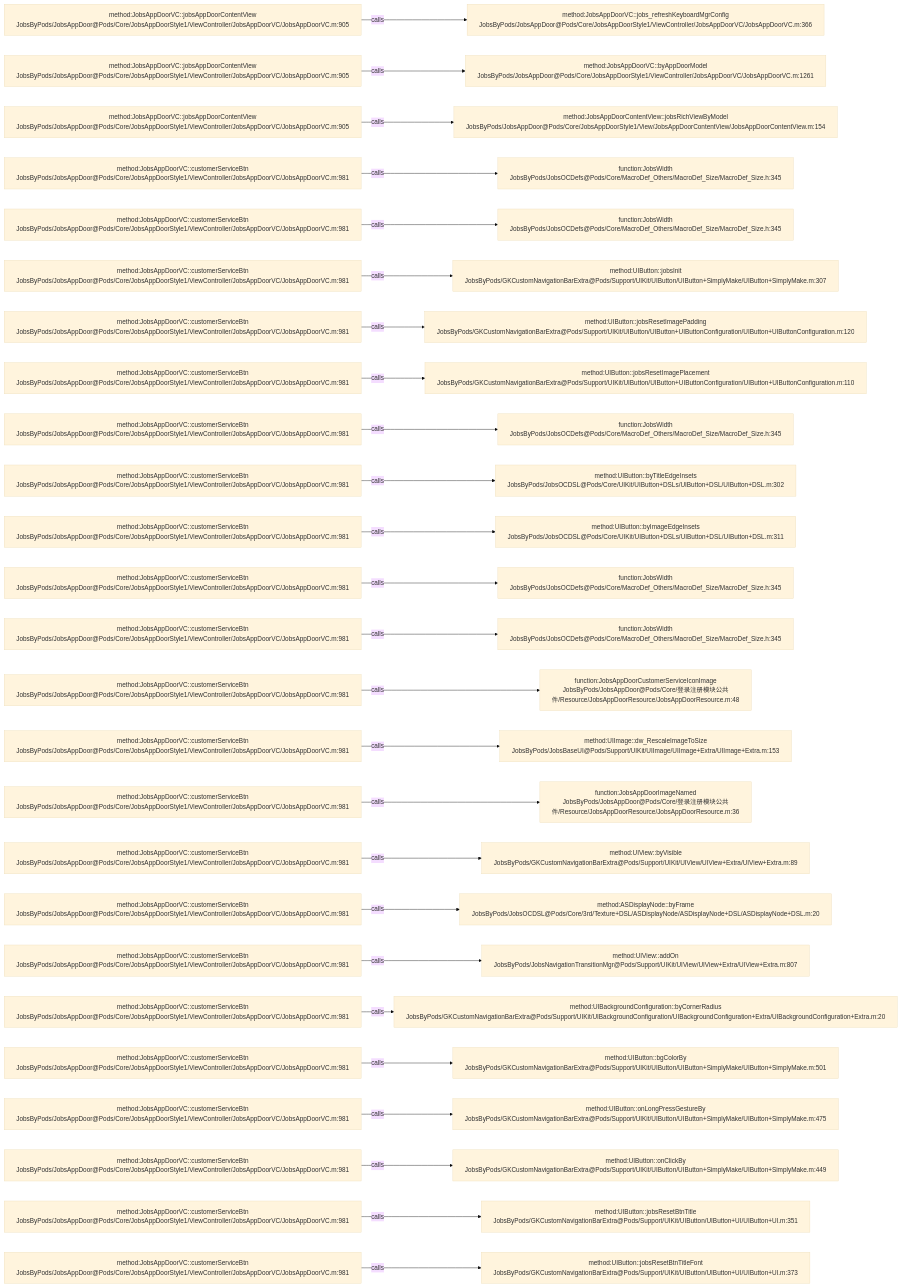
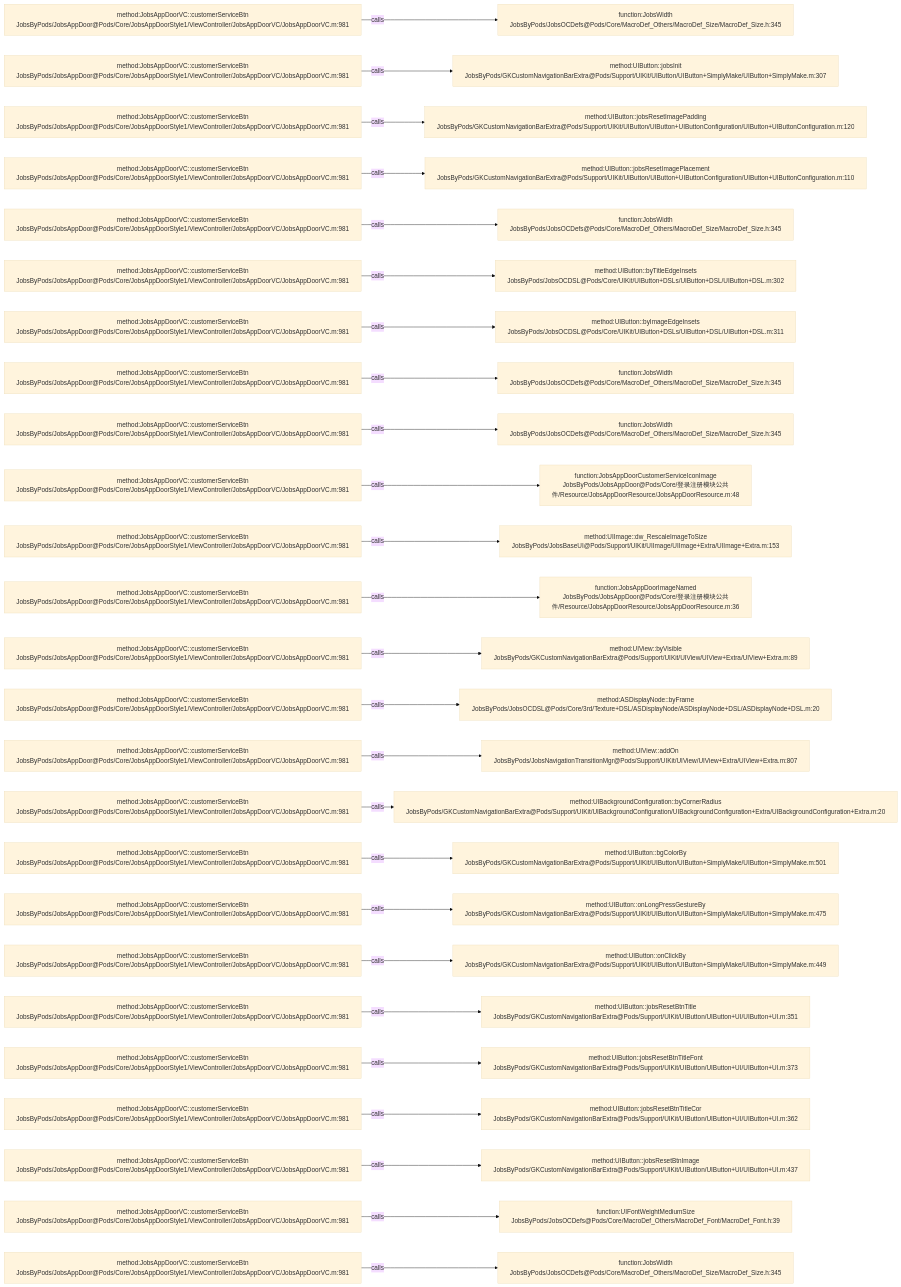
Before and after one commit to JobsKits/JobsOCBaseConfigDemo: the diagram in .codegraph/codegraph.md/graphs/calls-113.md, drawn with Mermaid (base theme). The commit also changed 116 other files, not shown here.

````diff
--- a/.codegraph/codegraph.md/graphs/calls-113.md
+++ b/.codegraph/codegraph.md/graphs/calls-113.md
@@ -13,78 +13,78 @@
 ```mermaid
 flowchart LR
-  S1["method:JobsAppDoorVC::jobsAppDoorContentView<br/>JobsByPods/JobsAppDoor@Pods/Core/JobsAppDoorStyle1/ViewController/JobsAppDoorVC/JobsAppDoorVC.m:905"]
-  T1["method:JobsAppDoorVC::jobs_refreshKeyboardMgrConfig<br/>JobsByPods/JobsAppDoor@Pods/Core/JobsAppDoorStyle1/ViewController/JobsAppDoorVC/JobsAppDoorVC.m:366"]
+  S1["method:JobsAppDoorVC::customerServiceBtn<br/>JobsByPods/JobsAppDoor@Pods/Core/JobsAppDoorStyle1/ViewController/JobsAppDoorVC/JobsAppDoorVC.m:981"]
+  T1["function:JobsWidth<br/>JobsByPods/JobsOCDefs@Pods/Core/MacroDef_Others/MacroDef_Size/MacroDef_Size.h:345"]
   S1 -->|calls| T1
-  S2["method:JobsAppDoorVC::jobsAppDoorContentView<br/>JobsByPods/JobsAppDoor@Pods/Core/JobsAppDoorStyle1/ViewController/JobsAppDoorVC/JobsAppDoorVC.m:905"]
-  T2["method:JobsAppDoorVC::byAppDoorModel<br/>JobsByPods/JobsAppDoor@Pods/Core/JobsAppDoorStyle1/ViewController/JobsAppDoorVC/JobsAppDoorVC.m:1261"]
+  S2["method:JobsAppDoorVC::customerServiceBtn<br/>JobsByPods/JobsAppDoor@Pods/Core/JobsAppDoorStyle1/ViewController/JobsAppDoorVC/JobsAppDoorVC.m:981"]
+  T2["method:UIButton::jobsInit<br/>JobsByPods/GKCustomNavigationBarExtra@Pods/Support/UIKit/UIButton/UIButton+SimplyMake/UIButton+SimplyMake.m:307"]
   S2 -->|calls| T2
-  S3["method:JobsAppDoorVC::jobsAppDoorContentView<br/>JobsByPods/JobsAppDoor@Pods/Core/JobsAppDoorStyle1/ViewController/JobsAppDoorVC/JobsAppDoorVC.m:905"]
-  T3["method:JobsAppDoorContentView::jobsRichViewByModel<br/>JobsByPods/JobsAppDoor@Pods/Core/JobsAppDoorStyle1/View/JobsAppDoorContentView/JobsAppDoorContentView.m:154"]
+  S3["method:JobsAppDoorVC::customerServiceBtn<br/>JobsByPods/JobsAppDoor@Pods/Core/JobsAppDoorStyle1/ViewController/JobsAppDoorVC/JobsAppDoorVC.m:981"]
+  T3["method:UIButton::jobsResetImagePadding<br/>JobsByPods/GKCustomNavigationBarExtra@Pods/Support/UIKit/UIButton/UIButton+UIButtonConfiguration/UIButton+UIButtonConfiguration.m:120"]
   S3 -->|calls| T3
   S4["method:JobsAppDoorVC::customerServiceBtn<br/>JobsByPods/JobsAppDoor@Pods/Core/JobsAppDoorStyle1/ViewController/JobsAppDoorVC/JobsAppDoorVC.m:981"]
-  T4["function:JobsWidth<br/>JobsByPods/JobsOCDefs@Pods/Core/MacroDef_Others/MacroDef_Size/MacroDef_Size.h:345"]
+  T4["method:UIButton::jobsResetImagePlacement<br/>JobsByPods/GKCustomNavigationBarExtra@Pods/Support/UIKit/UIButton/UIButton+UIButtonConfiguration/UIButton+UIButtonConfiguration.m:110"]
   S4 -->|calls| T4
   S5["method:JobsAppDoorVC::customerServiceBtn<br/>JobsByPods/JobsAppDoor@Pods/Core/JobsAppDoorStyle1/ViewController/JobsAppDoorVC/JobsAppDoorVC.m:981"]
   T5["function:JobsWidth<br/>JobsByPods/JobsOCDefs@Pods/Core/MacroDef_Others/MacroDef_Size/MacroDef_Size.h:345"]
   S5 -->|calls| T5
   S6["method:JobsAppDoorVC::customerServiceBtn<br/>JobsByPods/JobsAppDoor@Pods/Core/JobsAppDoorStyle1/ViewController/JobsAppDoorVC/JobsAppDoorVC.m:981"]
-  T6["method:UIButton::jobsInit<br/>JobsByPods/GKCustomNavigationBarExtra@Pods/Support/UIKit/UIButton/UIButton+SimplyMake/UIButton+SimplyMake.m:307"]
+  T6["method:UIButton::byTitleEdgeInsets<br/>JobsByPods/JobsOCDSL@Pods/Core/UIKit/UIButton+DSLs/UIButton+DSL/UIButton+DSL.m:302"]
   S6 -->|calls| T6
   S7["method:JobsAppDoorVC::customerServiceBtn<br/>JobsByPods/JobsAppDoor@Pods/Core/JobsAppDoorStyle1/ViewController/JobsAppDoorVC/JobsAppDoorVC.m:981"]
-  T7["method:UIButton::jobsResetImagePadding<br/>JobsByPods/GKCustomNavigationBarExtra@Pods/Support/UIKit/UIButton/UIButton+UIButtonConfiguration/UIButton+UIButtonConfiguration.m:120"]
+  T7["method:UIButton::byImageEdgeInsets<br/>JobsByPods/JobsOCDSL@Pods/Core/UIKit/UIButton+DSLs/UIButton+DSL/UIButton+DSL.m:311"]
   S7 -->|calls| T7
   S8["method:JobsAppDoorVC::customerServiceBtn<br/>JobsByPods/JobsAppDoor@Pods/Core/JobsAppDoorStyle1/ViewController/JobsAppDoorVC/JobsAppDoorVC.m:981"]
-  T8["method:UIButton::jobsResetImagePlacement<br/>JobsByPods/GKCustomNavigationBarExtra@Pods/Support/UIKit/UIButton/UIButton+UIButtonConfiguration/UIButton+UIButtonConfiguration.m:110"]
+  T8["function:JobsWidth<br/>JobsByPods/JobsOCDefs@Pods/Core/MacroDef_Others/MacroDef_Size/MacroDef_Size.h:345"]
   S8 -->|calls| T8
   S9["method:JobsAppDoorVC::customerServiceBtn<br/>JobsByPods/JobsAppDoor@Pods/Core/JobsAppDoorStyle1/ViewController/JobsAppDoorVC/JobsAppDoorVC.m:981"]
   T9["function:JobsWidth<br/>JobsByPods/JobsOCDefs@Pods/Core/MacroDef_Others/MacroDef_Size/MacroDef_Size.h:345"]
   S9 -->|calls| T9
   S10["method:JobsAppDoorVC::customerServiceBtn<br/>JobsByPods/JobsAppDoor@Pods/Core/JobsAppDoorStyle1/ViewController/JobsAppDoorVC/JobsAppDoorVC.m:981"]
-  T10["method:UIButton::byTitleEdgeInsets<br/>JobsByPods/JobsOCDSL@Pods/Core/UIKit/UIButton+DSLs/UIButton+DSL/UIButton+DSL.m:302"]
+  T10["function:JobsAppDoorCustomerServiceIconImage<br/>JobsByPods/JobsAppDoor@Pods/Core/登录注册模块公共件/Resource/JobsAppDoorResource/JobsAppDoorResource.m:48"]
   S10 -->|calls| T10
   S11["method:JobsAppDoorVC::customerServiceBtn<br/>JobsByPods/JobsAppDoor@Pods/Core/JobsAppDoorStyle1/ViewController/JobsAppDoorVC/JobsAppDoorVC.m:981"]
-  T11["method:UIButton::byImageEdgeInsets<br/>JobsByPods/JobsOCDSL@Pods/Core/UIKit/UIButton+DSLs/UIButton+DSL/UIButton+DSL.m:311"]
+  T11["method:UIImage::dw_RescaleImageToSize<br/>JobsByPods/JobsBaseUI@Pods/Support/UIKit/UIImage/UIImage+Extra/UIImage+Extra.m:153"]
   S11 -->|calls| T11
   S12["method:JobsAppDoorVC::customerServiceBtn<br/>JobsByPods/JobsAppDoor@Pods/Core/JobsAppDoorStyle1/ViewController/JobsAppDoorVC/JobsAppDoorVC.m:981"]
-  T12["function:JobsWidth<br/>JobsByPods/JobsOCDefs@Pods/Core/MacroDef_Others/MacroDef_Size/MacroDef_Size.h:345"]
+  T12["function:JobsAppDoorImageNamed<br/>JobsByPods/JobsAppDoor@Pods/Core/登录注册模块公共件/Resource/JobsAppDoorResource/JobsAppDoorResource.m:36"]
   S12 -->|calls| T12
   S13["method:JobsAppDoorVC::customerServiceBtn<br/>JobsByPods/JobsAppDoor@Pods/Core/JobsAppDoorStyle1/ViewController/JobsAppDoorVC/JobsAppDoorVC.m:981"]
-  T13["function:JobsWidth<br/>JobsByPods/JobsOCDefs@Pods/Core/MacroDef_Others/MacroDef_Size/MacroDef_Size.h:345"]
+  T13["method:UIView::byVisible<br/>JobsByPods/GKCustomNavigationBarExtra@Pods/Support/UIKit/UIView/UIView+Extra/UIView+Extra.m:89"]
   S13 -->|calls| T13
   S14["method:JobsAppDoorVC::customerServiceBtn<br/>JobsByPods/JobsAppDoor@Pods/Core/JobsAppDoorStyle1/ViewController/JobsAppDoorVC/JobsAppDoorVC.m:981"]
-  T14["function:JobsAppDoorCustomerServiceIconImage<br/>JobsByPods/JobsAppDoor@Pods/Core/登录注册模块公共件/Resource/JobsAppDoorResource/JobsAppDoorResource.m:48"]
+  T14["method:ASDisplayNode::byFrame<br/>JobsByPods/JobsOCDSL@Pods/Core/3rd/Texture+DSL/ASDisplayNode/ASDisplayNode+DSL/ASDisplayNode+DSL.m:20"]
   S14 -->|calls| T14
   S15["method:JobsAppDoorVC::customerServiceBtn<br/>JobsByPods/JobsAppDoor@Pods/Core/JobsAppDoorStyle1/ViewController/JobsAppDoorVC/JobsAppDoorVC.m:981"]
-  T15["method:UIImage::dw_RescaleImageToSize<br/>JobsByPods/JobsBaseUI@Pods/Support/UIKit/UIImage/UIImage+Extra/UIImage+Extra.m:153"]
+  T15["method:UIView::addOn<br/>JobsByPods/JobsNavigationTransitionMgr@Pods/Support/UIKit/UIView/UIView+Extra/UIView+Extra.m:807"]
   S15 -->|calls| T15
   S16["method:JobsAppDoorVC::customerServiceBtn<br/>JobsByPods/JobsAppDoor@Pods/Core/JobsAppDoorStyle1/ViewController/JobsAppDoorVC/JobsAppDoorVC.m:981"]
-  T16["function:JobsAppDoorImageNamed<br/>JobsByPods/JobsAppDoor@Pods/Core/登录注册模块公共件/Resource/JobsAppDoorResource/JobsAppDoorResource.m:36"]
+  T16["method:UIBackgroundConfiguration::byCornerRadius<br/>JobsByPods/GKCustomNavigationBarExtra@Pods/Support/UIKit/UIBackgroundConfiguration/UIBackgroundConfiguration+Extra/UIBackgroundConfiguration+Extra.m:20"]
   S16 -->|calls| T16
   S17["method:JobsAppDoorVC::customerServiceBtn<br/>JobsByPods/JobsAppDoor@Pods/Core/JobsAppDoorStyle1/ViewController/JobsAppDoorVC/JobsAppDoorVC.m:981"]
-  T17["method:UIView::byVisible<br/>JobsByPods/GKCustomNavigationBarExtra@Pods/Support/UIKit/UIView/UIView+Extra/UIView+Extra.m:89"]
+  T17["method:UIButton::bgColorBy<br/>JobsByPods/GKCustomNavigationBarExtra@Pods/Support/UIKit/UIButton/UIButton+SimplyMake/UIButton+SimplyMake.m:501"]
   S17 -->|calls| T17
   S18["method:JobsAppDoorVC::customerServiceBtn<br/>JobsByPods/JobsAppDoor@Pods/Core/JobsAppDoorStyle1/ViewController/JobsAppDoorVC/JobsAppDoorVC.m:981"]
-  T18["method:ASDisplayNode::byFrame<br/>JobsByPods/JobsOCDSL@Pods/Core/3rd/Texture+DSL/ASDisplayNode/ASDisplayNode+DSL/ASDisplayNode+DSL.m:20"]
+  T18["method:UIButton::onLongPressGestureBy<br/>JobsByPods/GKCustomNavigationBarExtra@Pods/Support/UIKit/UIButton/UIButton+SimplyMake/UIButton+SimplyMake.m:475"]
   S18 -->|calls| T18
   S19["method:JobsAppDoorVC::customerServiceBtn<br/>JobsByPods/JobsAppDoor@Pods/Core/JobsAppDoorStyle1/ViewController/JobsAppDoorVC/JobsAppDoorVC.m:981"]
-  T19["method:UIView::addOn<br/>JobsByPods/JobsNavigationTransitionMgr@Pods/Support/UIKit/UIView/UIView+Extra/UIView+Extra.m:807"]
+  T19["method:UIButton::onClickBy<br/>JobsByPods/GKCustomNavigationBarExtra@Pods/Support/UIKit/UIButton/UIButton+SimplyMake/UIButton+SimplyMake.m:449"]
   S19 -->|calls| T19
   S20["method:JobsAppDoorVC::customerServiceBtn<br/>JobsByPods/JobsAppDoor@Pods/Core/JobsAppDoorStyle1/ViewController/JobsAppDoorVC/JobsAppDoorVC.m:981"]
-  T20["method:UIBackgroundConfiguration::byCornerRadius<br/>JobsByPods/GKCustomNavigationBarExtra@Pods/Support/UIKit/UIBackgroundConfiguration/UIBackgroundConfiguration+Extra/UIBackgroundConfiguration+Extra.m:20"]
+  T20["method:UIButton::jobsResetBtnTitle<br/>JobsByPods/GKCustomNavigationBarExtra@Pods/Support/UIKit/UIButton/UIButton+UI/UIButton+UI.m:351"]
   S20 -->|calls| T20
   S21["method:JobsAppDoorVC::customerServiceBtn<br/>JobsByPods/JobsAppDoor@Pods/Core/JobsAppDoorStyle1/ViewController/JobsAppDoorVC/JobsAppDoorVC.m:981"]
-  T21["method:UIButton::bgColorBy<br/>JobsByPods/GKCustomNavigationBarExtra@Pods/Support/UIKit/UIButton/UIButton+SimplyMake/UIButton+SimplyMake.m:501"]
+  T21["method:UIButton::jobsResetBtnTitleFont<br/>JobsByPods/GKCustomNavigationBarExtra@Pods/Support/UIKit/UIButton/UIButton+UI/UIButton+UI.m:373"]
   S21 -->|calls| T21
   S22["method:JobsAppDoorVC::customerServiceBtn<br/>JobsByPods/JobsAppDoor@Pods/Core/JobsAppDoorStyle1/ViewController/JobsAppDoorVC/JobsAppDoorVC.m:981"]
-  T22["method:UIButton::onLongPressGestureBy<br/>JobsByPods/GKCustomNavigationBarExtra@Pods/Support/UIKit/UIButton/UIButton+SimplyMake/UIButton+SimplyMake.m:475"]
+  T22["method:UIButton::jobsResetBtnTitleCor<br/>JobsByPods/GKCustomNavigationBarExtra@Pods/Support/UIKit/UIButton/UIButton+UI/UIButton+UI.m:362"]
   S22 -->|calls| T22
   S23["method:JobsAppDoorVC::customerServiceBtn<br/>JobsByPods/JobsAppDoor@Pods/Core/JobsAppDoorStyle1/ViewController/JobsAppDoorVC/JobsAppDoorVC.m:981"]
-  T23["method:UIButton::onClickBy<br/>JobsByPods/GKCustomNavigationBarExtra@Pods/Support/UIKit/UIButton/UIButton+SimplyMake/UIButton+SimplyMake.m:449"]
+  T23["method:UIButton::jobsResetBtnImage<br/>JobsByPods/GKCustomNavigationBarExtra@Pods/Support/UIKit/UIButton/UIButton+UI/UIButton+UI.m:437"]
   S23 -->|calls| T23
   S24["method:JobsAppDoorVC::customerServiceBtn<br/>JobsByPods/JobsAppDoor@Pods/Core/JobsAppDoorStyle1/ViewController/JobsAppDoorVC/JobsAppDoorVC.m:981"]
-  T24["method:UIButton::jobsResetBtnTitle<br/>JobsByPods/GKCustomNavigationBarExtra@Pods/Support/UIKit/UIButton/UIButton+UI/UIButton+UI.m:351"]
+  T24["function:UIFontWeightMediumSize<br/>JobsByPods/JobsOCDefs@Pods/Core/MacroDef_Others/MacroDef_Font/MacroDef_Font.h:39"]
   S24 -->|calls| T24
   S25["method:JobsAppDoorVC::customerServiceBtn<br/>JobsByPods/JobsAppDoor@Pods/Core/JobsAppDoorStyle1/ViewController/JobsAppDoorVC/JobsAppDoorVC.m:981"]
-  T25["method:UIButton::jobsResetBtnTitleFont<br/>JobsByPods/GKCustomNavigationBarExtra@Pods/Support/UIKit/UIButton/UIButton+UI/UIButton+UI.m:373"]
+  T25["function:JobsWidth<br/>JobsByPods/JobsOCDefs@Pods/Core/MacroDef_Others/MacroDef_Size/MacroDef_Size.h:345"]
   S25 -->|calls| T25
 ```
````
